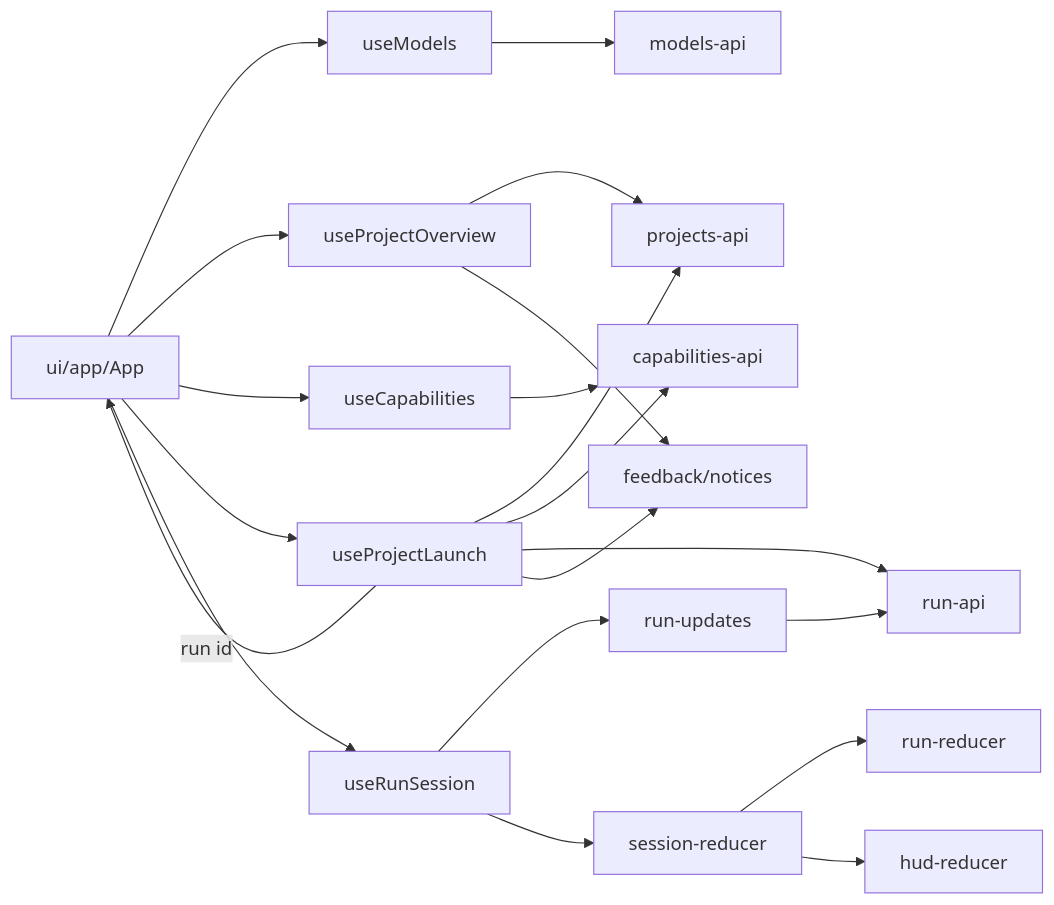
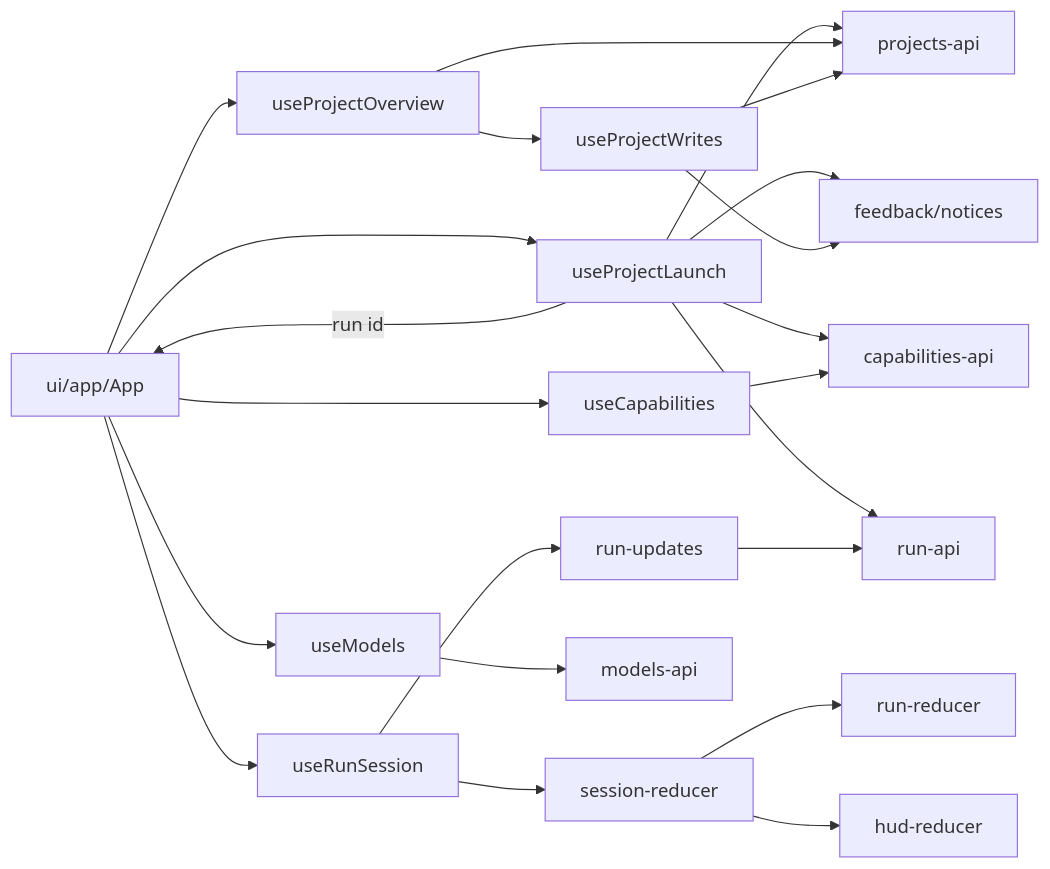
The diagram in desktop/renderer/src/ARCHITECTURE.md (Tachion-Oy/robozium), drawn with Mermaid before and after one commit. The commit also changed other lines of this file and 4 other files, not shown here.

First line of the commit message:
Separate this app's project writes from the overview rows

````diff
--- a/desktop/renderer/src/ARCHITECTURE.md
+++ b/desktop/renderer/src/ARCHITECTURE.md
@@ -44,20 +45,22 @@
 ```mermaid
 flowchart LR
   App["ui/app/App"] --> Models["useModels"]
   App --> Overview["useProjectOverview"]
   App --> Capabilities["useCapabilities"]
   App --> Launch["useProjectLaunch"]
   App --> Session["useRunSession"]
   Launch -- "run id" --> App
   Launch --> ProjectsApi["projects-api"]
   Launch --> CapabilitiesApi["capabilities-api"]
   Launch --> RunApi["run-api"]
   Launch --> Notices["feedback/notices"]
   Session --> Updates["run-updates"] --> RunApi
   Session --> Reducer["session-reducer"] --> RunReducer["run-reducer"]
   Reducer --> HudReducer["hud-reducer"]
   Overview --> ProjectsApi
-  Overview --> Notices
+  Overview --> Writes["useProjectWrites"]
+  Writes --> ProjectsApi
+  Writes --> Notices
   Capabilities --> CapabilitiesApi
   Models --> ModelsApi["models-api"]
 ```
````
